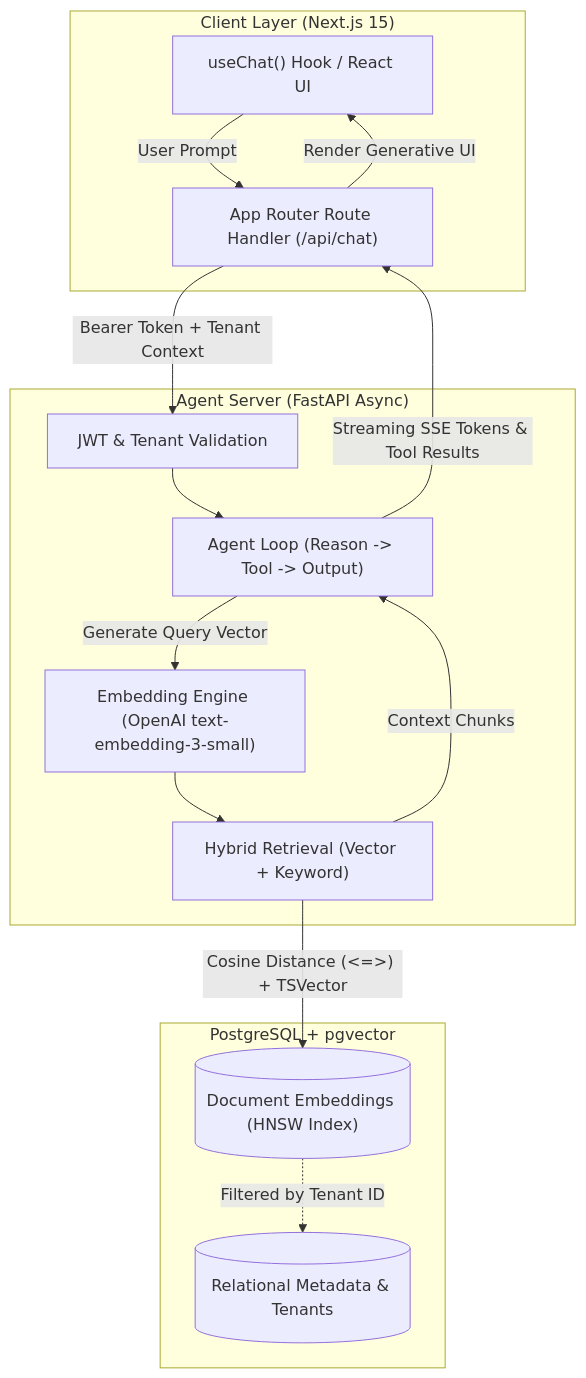
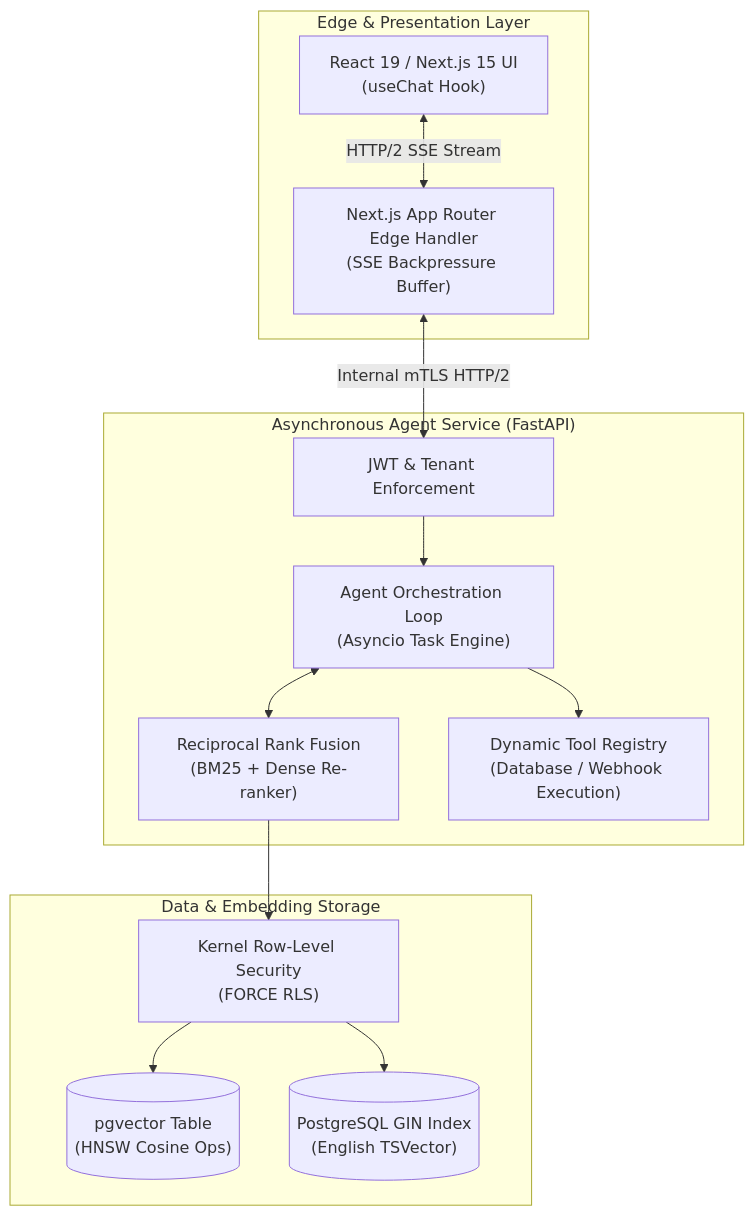
Before and after one commit to software-blueprints-hq/software-blueprints: the second of 2 diagrams in docs/ai-agents/agent-rag-harness/overview.md, drawn with Mermaid. The commit also changed other lines of this file, not shown here.

Commit message:
Upgrade AI Agent & Production RAG to Level 3 standard (12 Sections)

````diff
--- a/docs/ai-agents/agent-rag-harness/overview.md
+++ b/docs/ai-agents/agent-rag-harness/overview.md
@@ -24,30 +85,30 @@
 ```mermaid
 flowchart TD
-    subgraph Client ["Client Layer (Next.js 15)"]
-        UI["useChat() Hook / React UI"]
-        Route["App Router Route Handler (/api/chat)"]
+    subgraph ClientTier ["Edge & Presentation Layer"]
+        C["React 19 / Next.js 15 UI\n(useChat Hook)"]
+        E["Next.js App Router Edge Handler\n(SSE Backpressure Buffer)"]
+        C <-->|"HTTP/2 SSE Stream"| E
     end
 
-    subgraph Backend ["Agent Server (FastAPI Async)"]
-        Auth["JWT & Tenant Validation"]
-        AgentEngine["Agent Loop (Reason -> Tool -> Output)"]
-        Embedder["Embedding Engine (OpenAI text-embedding-3-small)"]
-        HybridRetriever["Hybrid Retrieval (Vector + Keyword)"]
+    subgraph ServiceTier ["Asynchronous Agent Service (FastAPI)"]
+        Auth["JWT & Tenant Enforcement"]
+        Orch["Agent Orchestration Loop\n(Asyncio Task Engine)"]
+        RRF["Reciprocal Rank Fusion\n(BM25 + Dense Re-ranker)"]
+        Tools["Dynamic Tool Registry\n(Database / Webhook Execution)"]
+        
+        E <-->|"Internal mTLS HTTP/2"| Auth
+        Auth --> Orch
+        Orch --> Tools
+        Orch <--> RRF
     end
 
-    subgraph Storage ["PostgreSQL + pgvector"]
-        MetaTable[("Relational Metadata & Tenants")]
-        EmbedTable[("Document Embeddings (HNSW Index)")]
+    subgraph DataTier ["Data & Embedding Storage"]
+        HNSW[("pgvector Table\n(HNSW Cosine Ops)")]
+        GIN[("PostgreSQL GIN Index\n(English TSVector)")]
+        RLS["Kernel Row-Level Security\n(FORCE RLS)"]
+        
+        RRF --> RLS
+        RLS --> HNSW
+        RLS --> GIN
     end
-
-    UI -->|"User Prompt"| Route
-    Route -->|"Bearer Token + Tenant Context"| Auth
-    Auth --> AgentEngine
-    AgentEngine -->|"Generate Query Vector"| Embedder
-    Embedder --> HybridRetriever
-    HybridRetriever -->|"Cosine Distance (<=>) + TSVector"| EmbedTable
-    EmbedTable -.->|"Filtered by Tenant ID"| MetaTable
-    HybridRetriever -->|"Context Chunks"| AgentEngine
-    AgentEngine -->|"Streaming SSE Tokens & Tool Results"| Route
-    Route -->|"Render Generative UI"| UI
 ```
````
